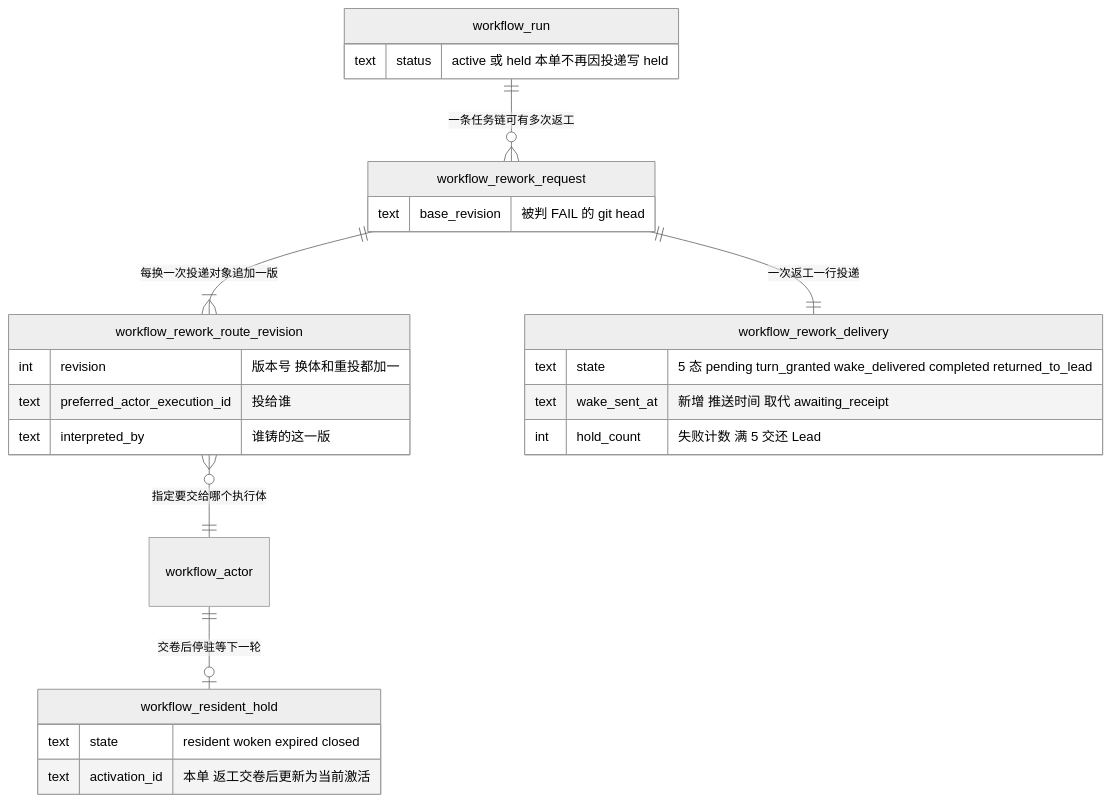
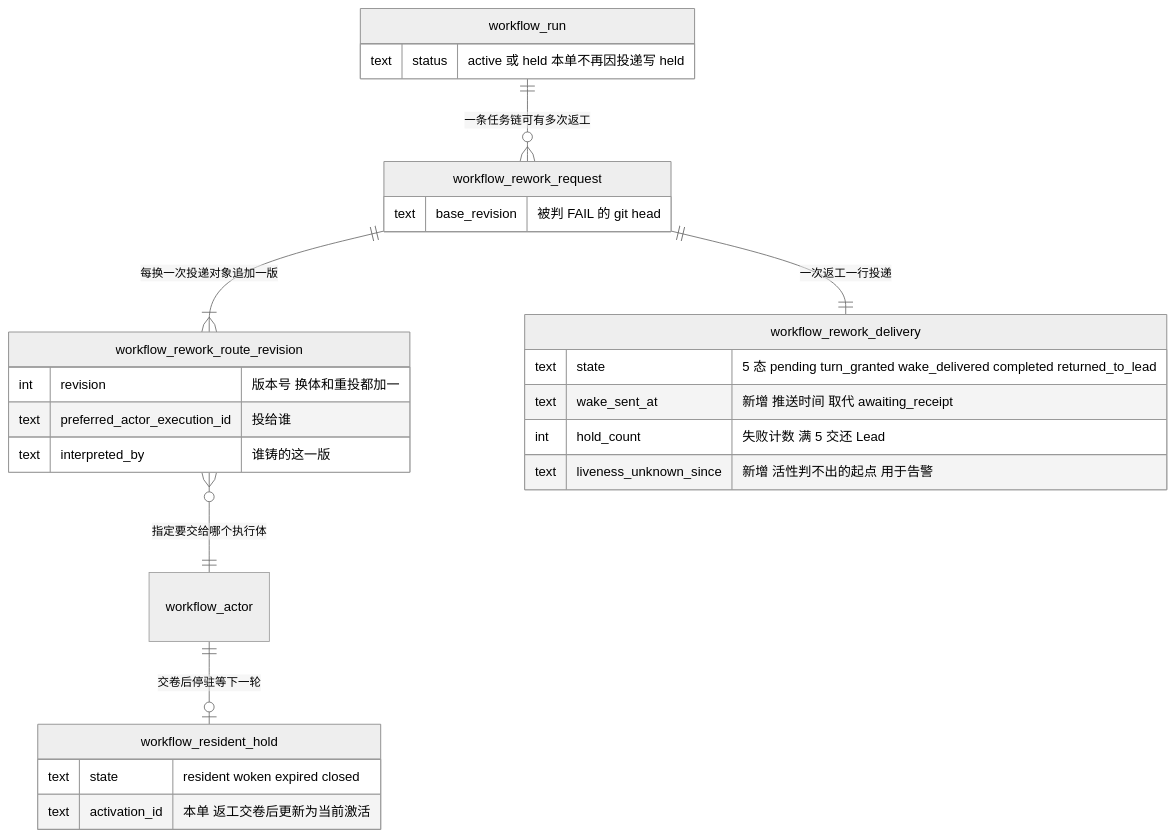
Before and after one commit to xrliAnnie/flywheel-qa-sandbox: the diagram in engineering/doc/FLY-2921-rework-delivery-two-state/d3-model.mmd, drawn with Mermaid (neutral theme). The commit also changed 7 other files, not shown here.

Commit message:
docs(FLY-2921): address reference review R1 (wakeId per revision, bounded launching, unknown-liveness alerts, 2922 contract gaps)

```diff
--- a/engineering/doc/FLY-2921-rework-delivery-two-state/d3-model.mmd
+++ b/engineering/doc/FLY-2921-rework-delivery-two-state/d3-model.mmd
@@ -1,26 +1,27 @@
 erDiagram
   workflow_run ||--o{ workflow_rework_request : "一条任务链可有多次返工"
   workflow_rework_request ||--|{ workflow_rework_route_revision : "每换一次投递对象追加一版"
   workflow_rework_request ||--|| workflow_rework_delivery : "一次返工一行投递"
   workflow_rework_route_revision }o--|| workflow_actor : "指定要交给哪个执行体"
   workflow_actor ||--o| workflow_resident_hold : "交卷后停驻等下一轮"
   workflow_run {
     text status "active 或 held 本单不再因投递写 held"
   }
   workflow_rework_request {
     text base_revision "被判 FAIL 的 git head"
   }
   workflow_rework_route_revision {
     int revision "版本号 换体和重投都加一"
     text preferred_actor_execution_id "投给谁"
     text interpreted_by "谁铸的这一版"
   }
   workflow_rework_delivery {
     text state "5 态 pending turn_granted wake_delivered completed returned_to_lead"
     text wake_sent_at "新增 推送时间 取代 awaiting_receipt"
     int hold_count "失败计数 满 5 交还 Lead"
+    text liveness_unknown_since "新增 活性判不出的起点 用于告警"
   }
   workflow_resident_hold {
     text state "resident woken expired closed"
     text activation_id "本单 返工交卷后更新为当前激活"
   }
```
